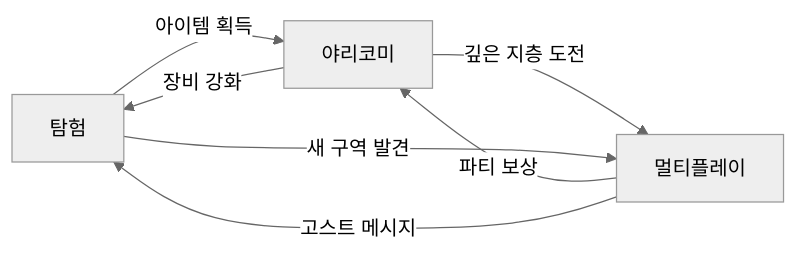
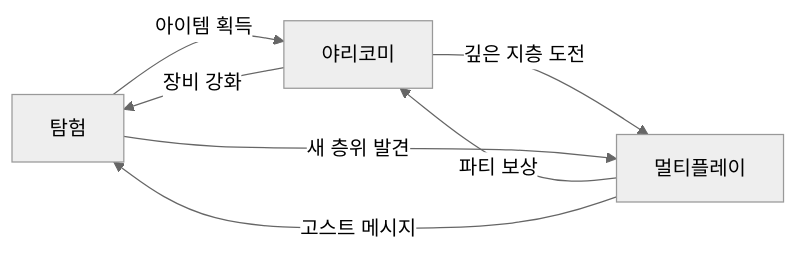
Before and after one commit to Biskraft/ProjectAbyss: the first of 2 diagrams in Documents/Terms/Project_Vision_Abyss.md, drawn with Mermaid (neutral theme). The commit also changed other lines of this file and 20 other files, not shown here.

````diff
--- a/Documents/Terms/Project_Vision_Abyss.md
+++ b/Documents/Terms/Project_Vision_Abyss.md
@@ -83,9 +83,9 @@
 ```mermaid
 graph LR
     EXPLORE[탐험] -->|아이템 획득| YARIKOMI[야리코미]
     YARIKOMI -->|장비 강화| EXPLORE
     YARIKOMI -->|깊은 지층 도전| MULTI[멀티플레이]
     MULTI -->|파티 보상| YARIKOMI
-    EXPLORE -->|새 구역 발견| MULTI
+    EXPLORE -->|새 층위 발견| MULTI
     MULTI -->|고스트 메시지| EXPLORE
 ```
````
